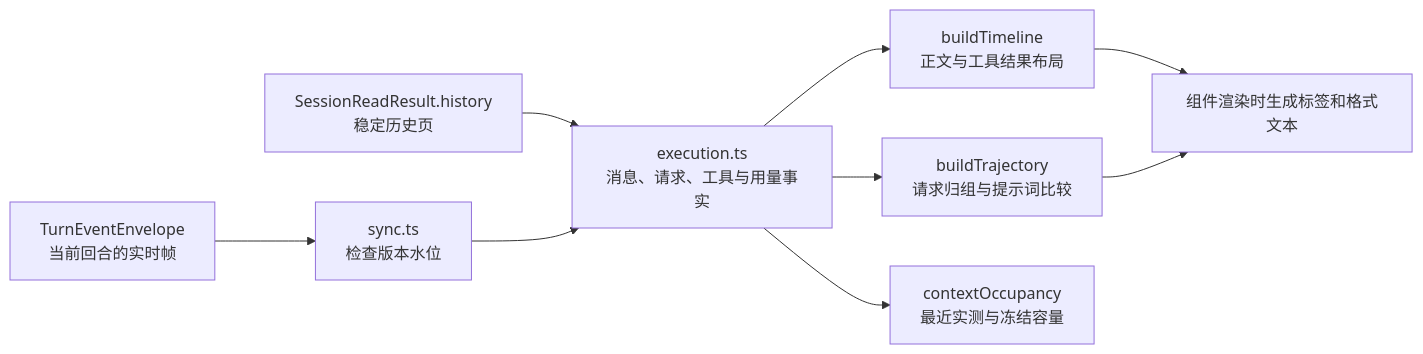
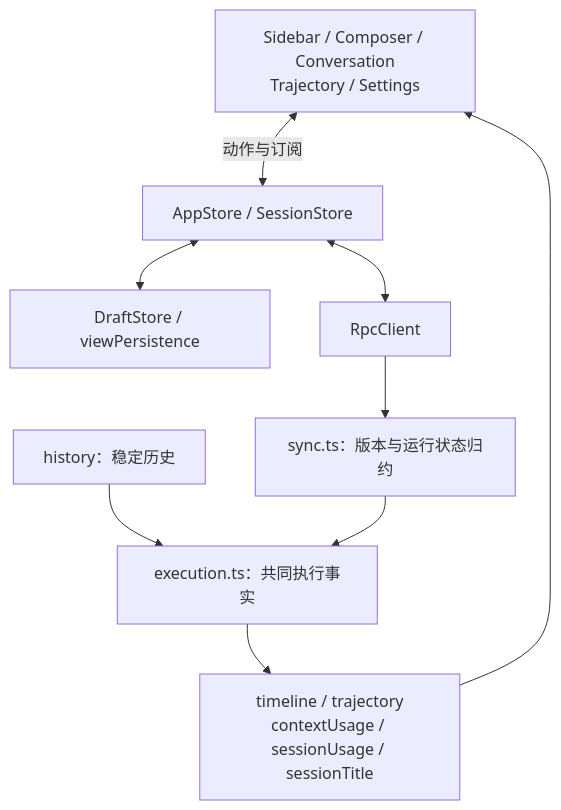
Before and after one commit to qjcnmd/singularity-agent: the fourth of 14 diagrams in docs/architecture.md, drawn with Mermaid. The commit also changed other lines of this file and 9 other files, not shown here.

````diff
--- a/docs/architecture.md
+++ b/docs/architecture.md
@@ -224,11 +144,11 @@
 ```mermaid
-flowchart LR
-    Baseline["SessionReadResult.history<br/>稳定历史页"] --> Facts["execution.ts<br/>消息、请求、工具与用量事实"]
-    Frames["TurnEventEnvelope<br/>当前回合的实时帧"] --> Sync["sync.ts<br/>检查版本水位"]
+flowchart TB
+    Components["Sidebar / Composer / Conversation<br/>Trajectory / Settings"] <-->|"动作与订阅"| Store["AppStore / SessionStore"]
+    Store <--> Drafts["DraftStore / viewPersistence"]
+    Store <--> RPC["RpcClient"]
+    RPC --> Sync["sync.ts：版本与运行状态归约"]
+    History["history：稳定历史"] --> Facts["execution.ts：共同执行事实"]
     Sync --> Facts
-    Facts --> Timeline["buildTimeline<br/>正文与工具结果布局"]
-    Facts --> Trace["buildTrajectory<br/>请求归组与提示词比较"]
-    Facts --> Usage["contextOccupancy<br/>最近实测与冻结容量"]
-    Timeline --> Render["组件渲染时生成标签和格式文本"]
-    Trace --> Render
+    Facts --> Views["timeline / trajectory<br/>contextUsage / sessionUsage / sessionTitle"]
+    Views --> Components
 ```
````
